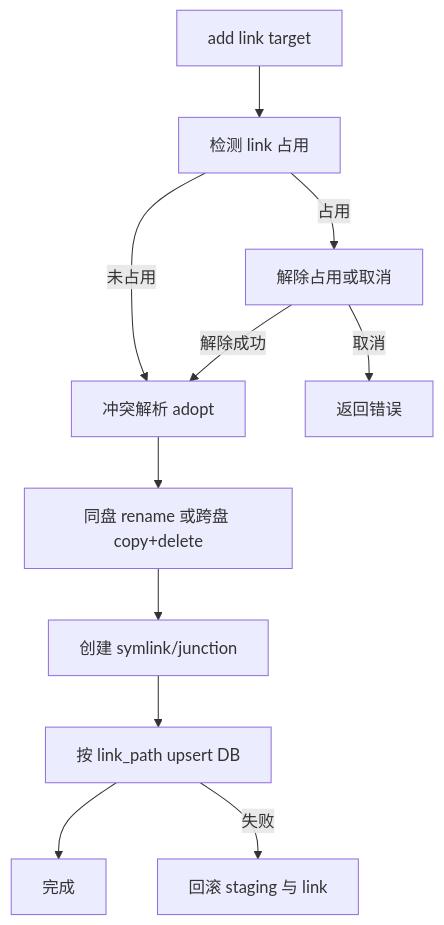
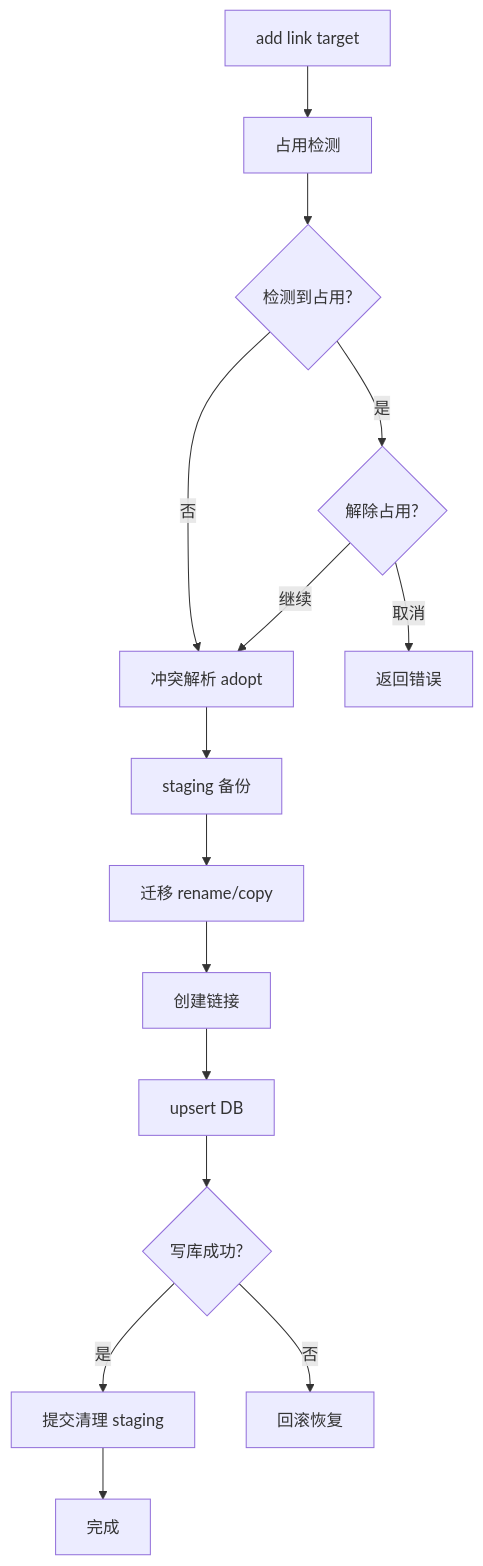
The third of 4 diagrams in README.md (835519608/symm), drawn with Mermaid before and after one commit. The commit also changed other lines of this file and 55 other files, not shown here.

````diff
--- a/README.md
+++ b/README.md
@@ -152,13 +168,17 @@
 ```mermaid
-flowchart TD
-start[add link target] --> lockGate[检测 link 占用]
-lockGate -->|占用| lockChoice[解除占用或取消]
-lockGate -->|未占用| conflict[冲突解析 adopt]
-lockChoice -->|取消| failCancel[返回错误]
-lockChoice -->|解除成功| conflict
-conflict --> migrate[同盘 rename 或跨盘 copy+delete]
-migrate --> createLink[创建 symlink/junction]
-createLink --> upsert[按 link_path upsert DB]
-upsert --> done[完成]
-upsert -->|失败| rollback[回滚 staging 与 link]
+flowchart TB
+start[add link target] --> lockCheck[占用检测]
+lockCheck --> hasLock{检测到占用?}
+hasLock -->|否| conflict[冲突解析 adopt]
+hasLock -->|是| unlockChoice{解除占用?}
+unlockChoice -->|取消| failCancel[返回错误]
+unlockChoice -->|继续| conflict
+conflict --> prep[staging 备份]
+prep --> migrate2[迁移 rename/copy]
+migrate2 --> createLink[创建链接]
+createLink --> upsert[upsert DB]
+upsert --> ok{写库成功?}
+ok -->|是| commit[提交清理 staging]
+ok -->|否| rollback[回滚恢复]
+commit --> done[完成]
 ```
````
